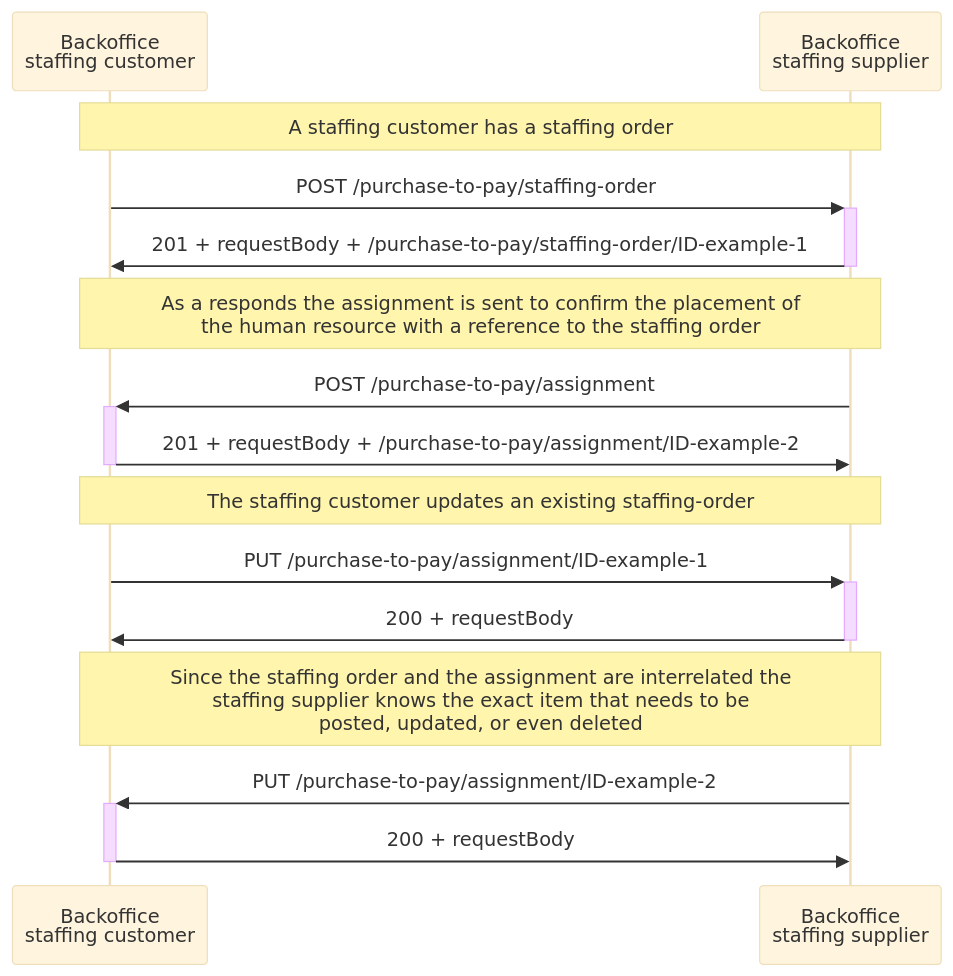
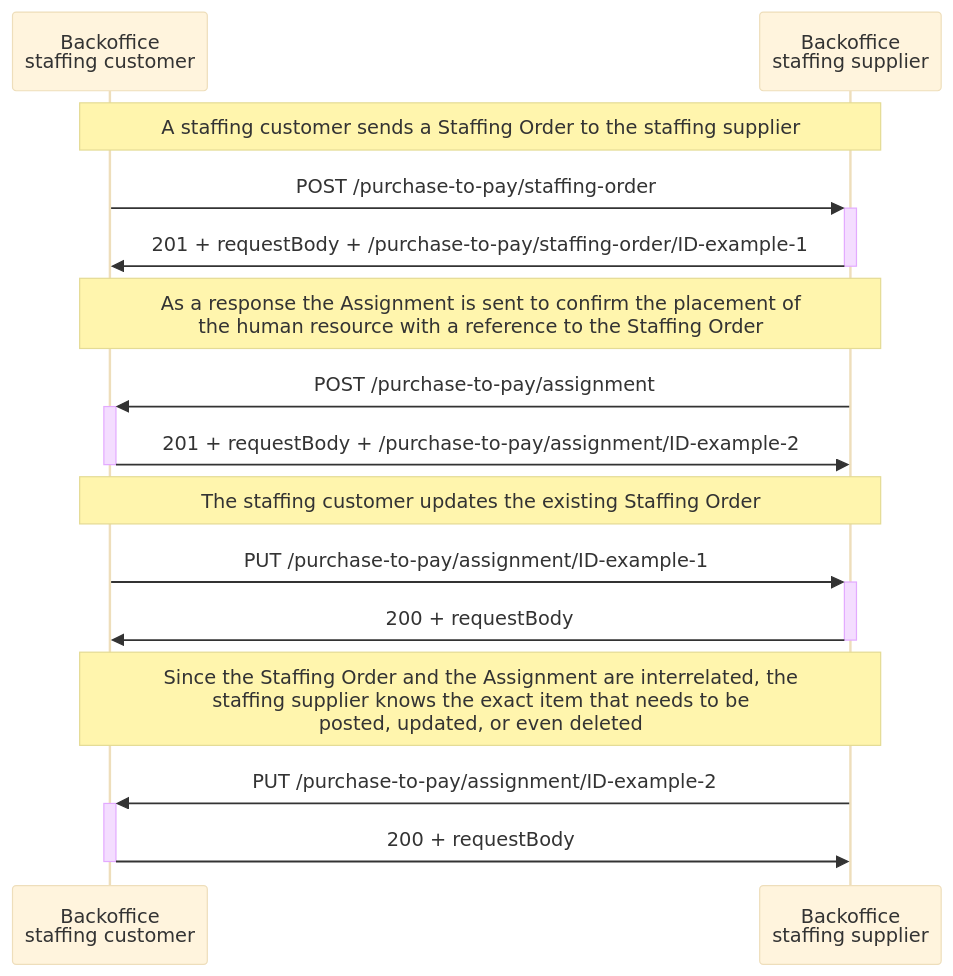
The fourth of 5 diagrams in app/docs/API Specification/purchase-to-pay/processes.md (setu-standards/documentation), drawn with Mermaid (base theme) before and after one commit. The commit also changed other lines of this file and 1 other file, not shown here.

````diff
--- a/app/docs/API Specification/purchase-to-pay/processes.md
+++ b/app/docs/API Specification/purchase-to-pay/processes.md
@@ -191,22 +188,22 @@
 ```mermaid
 sequenceDiagram
     participant Customer as Backoffice <br/> staffing customer
     participant Supplier as Backoffice <br/> staffing supplier
     
-    Note over Customer,Supplier: A staffing customer has a staffing order
+    Note over Customer,Supplier: A staffing customer sends a Staffing Order to the staffing supplier
     Customer ->>+ Supplier: POST /purchase-to-pay/staffing-order
     Supplier ->>- Customer: 201 + requestBody + /purchase-to-pay/staffing-order/ID-example-1
 
-    Note over Customer,Supplier: As a responds the assignment is sent to confirm the placement of <br/> the human resource with a reference to the staffing order
+    Note over Customer,Supplier: As a response the Assignment is sent to confirm the placement of <br/> the human resource with a reference to the Staffing Order
     Supplier ->>+ Customer: POST /purchase-to-pay/assignment
     Customer ->>- Supplier: 201 + requestBody + /purchase-to-pay/assignment/ID-example-2
 
-    Note over Customer,Supplier: The staffing customer updates an existing staffing-order 
+    Note over Customer,Supplier: The staffing customer updates the existing Staffing Order 
     Customer ->>+ Supplier: PUT /purchase-to-pay/assignment/ID-example-1
     Supplier ->>- Customer: 200 + requestBody 
 
-    Note over Customer,Supplier: Since the staffing order and the assignment are interrelated the <br/> staffing supplier knows the exact item that needs to be <br/> posted, updated, or even deleted
+    Note over Customer,Supplier: Since the Staffing Order and the Assignment are interrelated, the <br/> staffing supplier knows the exact item that needs to be <br/> posted, updated, or even deleted
     Supplier ->>+ Customer: PUT /purchase-to-pay/assignment/ID-example-2
     Customer ->>- Supplier: 200 + requestBody 
 
 ```
````
